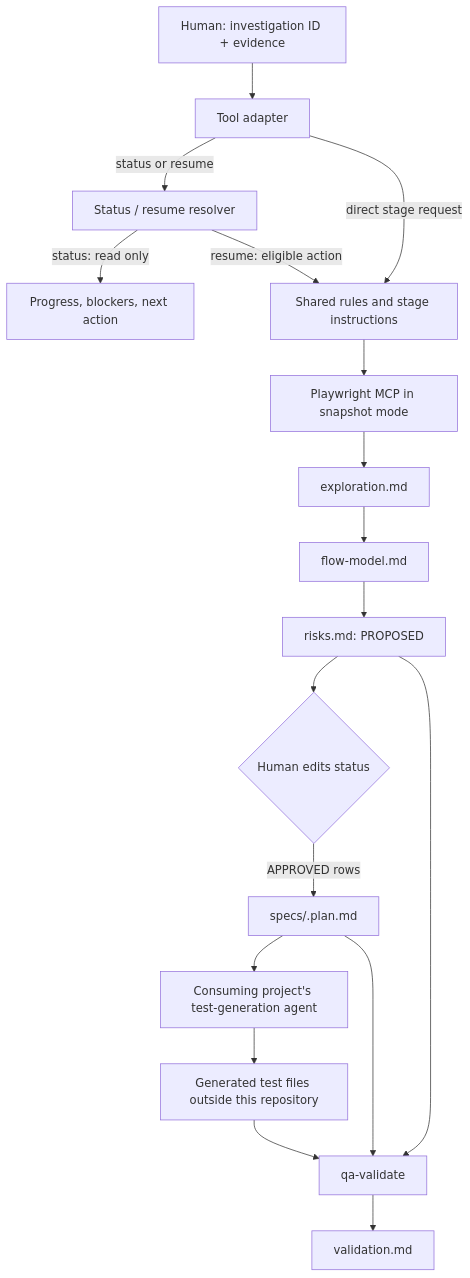
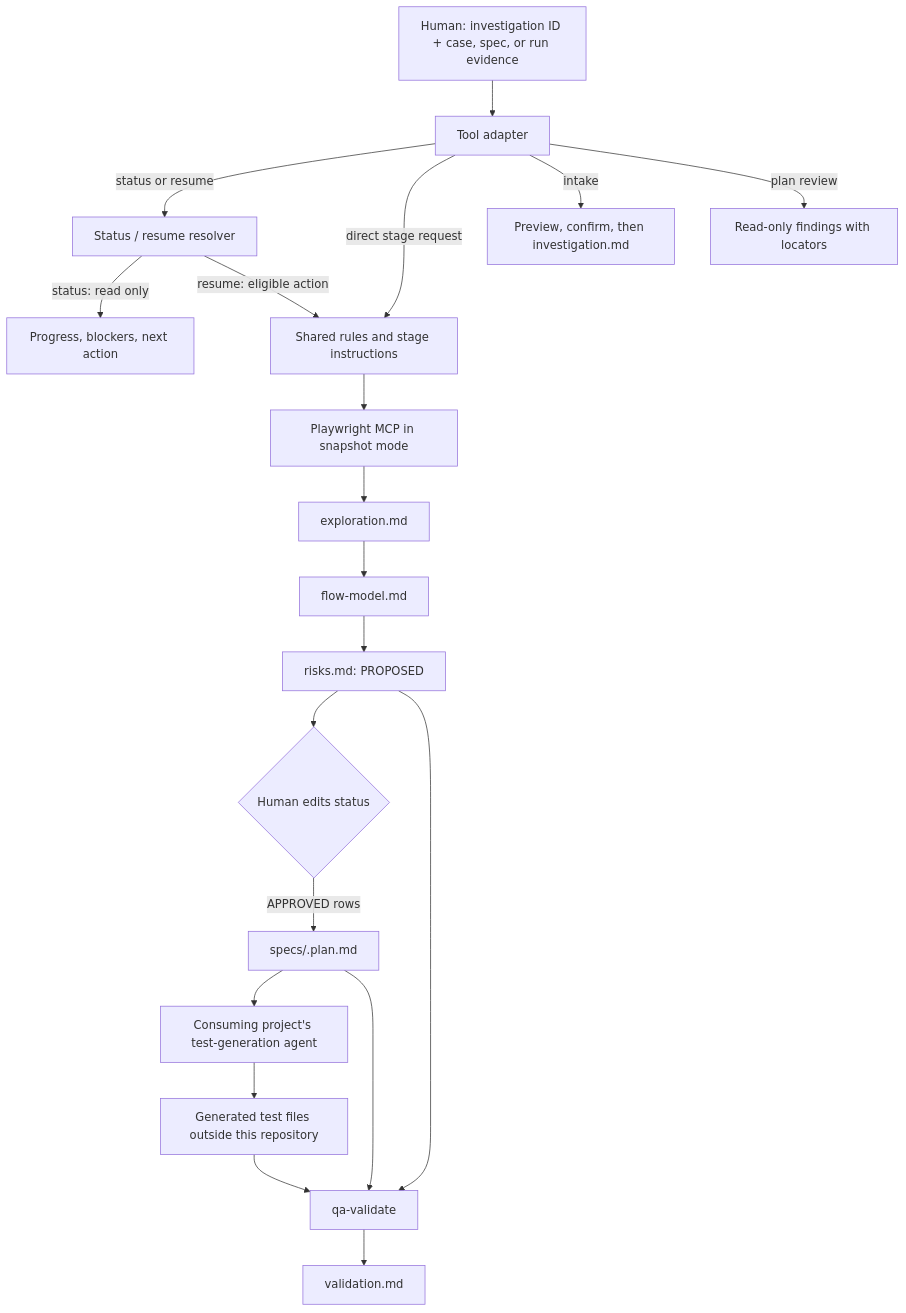
One commit to QAtools-tech/qa-investigation-harness changed the diagram in docs/architecture.md. Above: the diagram before and after it, drawn with Mermaid. The commit also changed other lines of this file and 20 other files, not shown here.

Commit message:
feat(qa): add local intake and plan review (#3)

````diff
--- a/docs/architecture.md
+++ b/docs/architecture.md
@@ -7,20 +7,22 @@
 ```mermaid
 flowchart TB
-    U[Human: investigation ID + evidence] --> A[Tool adapter]
+    U[Human: investigation ID + case, spec, or run evidence] --> A[Tool adapter]
     A -->|status or resume| R[Status / resume resolver]
     A -->|direct stage request| B[Shared rules and stage instructions]
+    A -->|intake| N[Preview, confirm, then investigation.md]
+    A -->|plan review| P[Read-only findings with locators]
     R -->|status: read only| S[Progress, blockers, next action]
     R -->|resume: eligible action| B[Shared rules and stage instructions]
     B --> C[Playwright MCP in snapshot mode]
     C --> D[exploration.md]
     D --> E[flow-model.md]
     E --> F[risks.md: PROPOSED]
     F --> G{Human edits status}
     G -->|APPROVED rows| H[specs/<ticket>.plan.md]
     H --> I[Consuming project's test-generation agent]
     I --> J[Generated test files outside this repository]
     J --> K[qa-validate]
     F --> K
     H --> K
     K --> L[validation.md]
 ```
````
